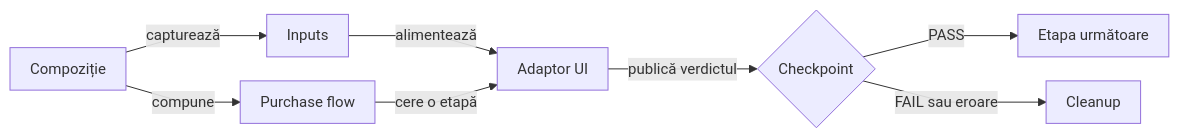
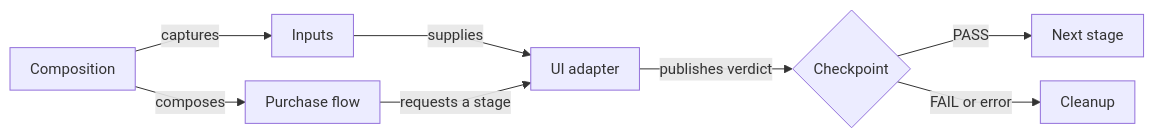
Before and after one commit to crististefanita/atf_j0: the third of 14 diagrams in atf-test-auto-ex/README.md, drawn with Mermaid. The commit also changed other lines of this file and 113 other files, not shown here.

````diff
--- a/atf-test-auto-ex/README.md
+++ b/atf-test-auto-ex/README.md
@@ -337,11 +349,11 @@
 ```mermaid
 %%{init: {"themeVariables":{"fontSize":"15px"},"themeCSS":".nodeLabel, .nodeLabel p { font-size: 15px !important; line-height: 1.35 !important; } .edgeLabel, .edgeLabel p { font-size: 12px !important; font-weight: 400 !important; line-height: 1.2 !important; } .edgeLabel .labelBkg, .edgeLabel p { background: transparent !important; } .edgeLabel foreignObject { transform: translateY(-18px); overflow: visible; } .node rect { rx: 6px; ry: 6px; }","flowchart":{"curve":"linear","nodeSpacing":24,"rankSpacing":40,"padding":10,"diagramPadding":16}}}%%
 flowchart LR
-    Root["Compoziție"] -->|capturează| Inputs["Inputs"]
-    Root -->|compune| Flow["Purchase flow"]
-    Inputs -->|alimentează| Adapter["Adaptor UI"]
-    Flow -->|cere o etapă| Adapter
-    Adapter -->|publică verdictul| Gate{"Checkpoint"}
-    Gate -->|PASS| Next["Etapa următoare"]
-    Gate -->|FAIL sau eroare| Stop["Cleanup"]
+    Root["Composition"] -->|captures| Inputs["Inputs"]
+    Root -->|composes| Flow["Purchase flow"]
+    Inputs -->|supplies| Adapter["UI adapter"]
+    Flow -->|requests a stage| Adapter
+    Adapter -->|publishes verdict| Gate{"Checkpoint"}
+    Gate -->|PASS| Next["Next stage"]
+    Gate -->|FAIL or error| Stop["Cleanup"]
 ```
````
